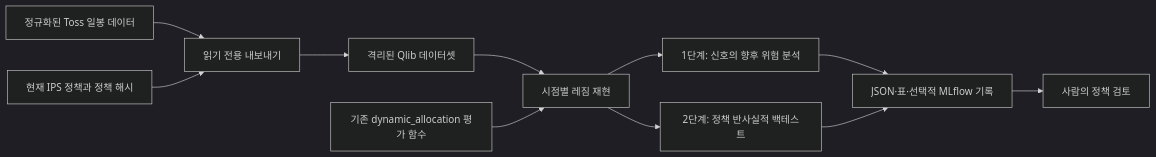
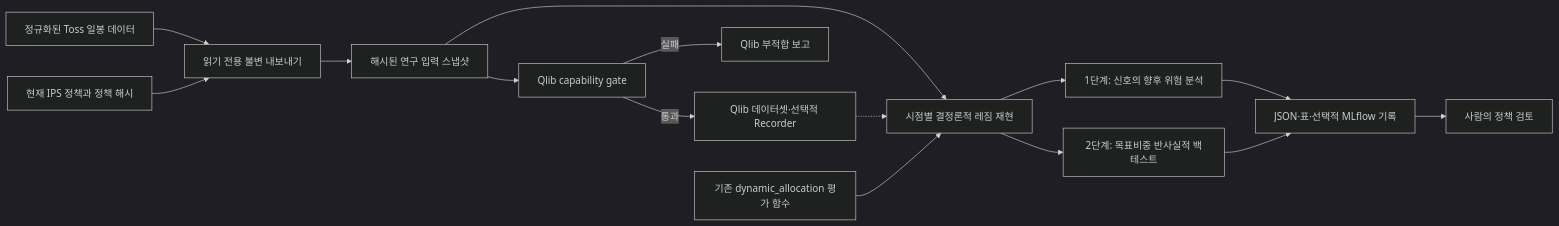
One commit to sunyeul/portfolio-rebalancer changed the diagram in docs/superpowers/specs/2026-07-28-qlib-dynamic-allocation-validation-design.md. Above: the diagram before and after it, drawn with Mermaid (dark theme). The commit also changed other lines of this file, not shown here.

Commit message:
docs: harden qlib validation design

````diff
--- a/docs/superpowers/specs/2026-07-28-qlib-dynamic-allocation-validation-design.md
+++ b/docs/superpowers/specs/2026-07-28-qlib-dynamic-allocation-validation-design.md
@@ -48,13 +50,17 @@
 ```mermaid
 flowchart LR
-    A["정규화된 Toss 일봉 데이터"] --> B["읽기 전용 내보내기"]
+    A["정규화된 Toss 일봉 데이터"] --> B["읽기 전용 불변 내보내기"]
     P["현재 IPS 정책과 정책 해시"] --> B
-    B --> C["격리된 Qlib 데이터셋"]
-    C --> D["시점별 레짐 재현"]
+    B --> S["해시된 연구 입력 스냅샷"]
+    S --> C["Qlib capability gate"]
+    C -->|"통과"| Q["Qlib 데이터셋·선택적 Recorder"]
+    C -->|"실패"| X["Qlib 부적합 보고"]
+    S --> D["시점별 결정론적 레짐 재현"]
+    Q -.-> D
     R["기존 dynamic_allocation 평가 함수"] --> D
     D --> E["1단계: 신호의 향후 위험 분석"]
-    D --> F["2단계: 정책 반사실적 백테스트"]
+    D --> F["2단계: 목표비중 반사실적 백테스트"]
     E --> G["JSON·표·선택적 MLflow 기록"]
     F --> G
     G --> H["사람의 정책 검토"]
 ```
````
